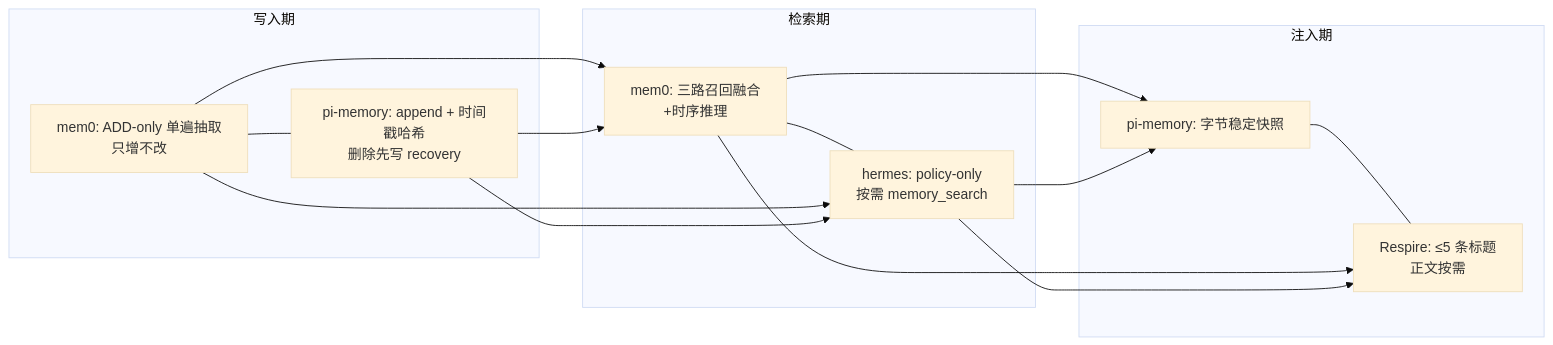
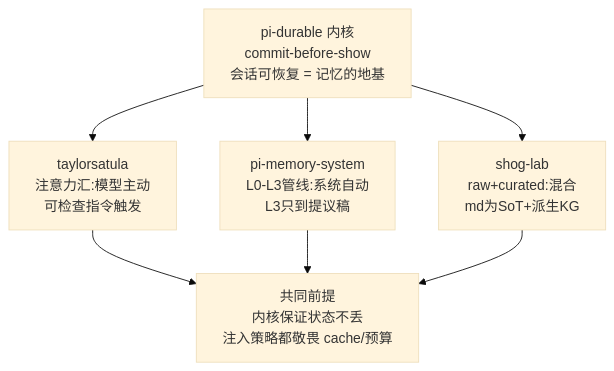
One commit to arkhorizon/blob changed the sixth of 7 diagrams in src/content/articles/personal-blog/pi-agent-nb.md. Above: the diagram before and after it, drawn with Mermaid (base theme). The commit also changed other lines of this file, not shown here.

````diff
--- a/src/content/articles/personal-blog/pi-agent-nb.md
+++ b/src/content/articles/personal-blog/pi-agent-nb.md
@@ -700,13 +516,8 @@
 ```mermaid
-flowchart LR
-    subgraph 写入期
-        W1[mem0: ADD-only 单遍抽取<br/>只增不改] --- W2[pi-memory: append + 时间戳哈希<br/>删除先写 recovery]
-    end
-    subgraph 检索期
-        R1[mem0: 三路召回融合<br/>+时序推理] --- R2[hermes: policy-only<br/>按需 memory_search]
-    end
-    subgraph 注入期
-        I1[pi-memory: 字节稳定快照] --- I2[Respire: ≤5 条标题<br/>正文按需]
-    end
-    W1 & W2 --> R1 & R2 --> I1 & I2
+flowchart TD
+    K["pi-durable 内核<br/>commit-before-show<br/>会话可恢复 = 记忆的地基"]
+    K --> T["taylorsatula<br/>注意力汇:模型主动<br/>可检查指令触发"]
+    K --> P["pi-memory-system<br/>L0-L3管线:系统自动<br/>L3只到提议稿"]
+    K --> S["shog-lab<br/>raw+curated:混合<br/>md为SoT+派生KG"]
+    T & P & S --> G["共同前提<br/>内核保证状态不丢<br/>注入策略都敬畏 cache/预算"]
 ```
````
